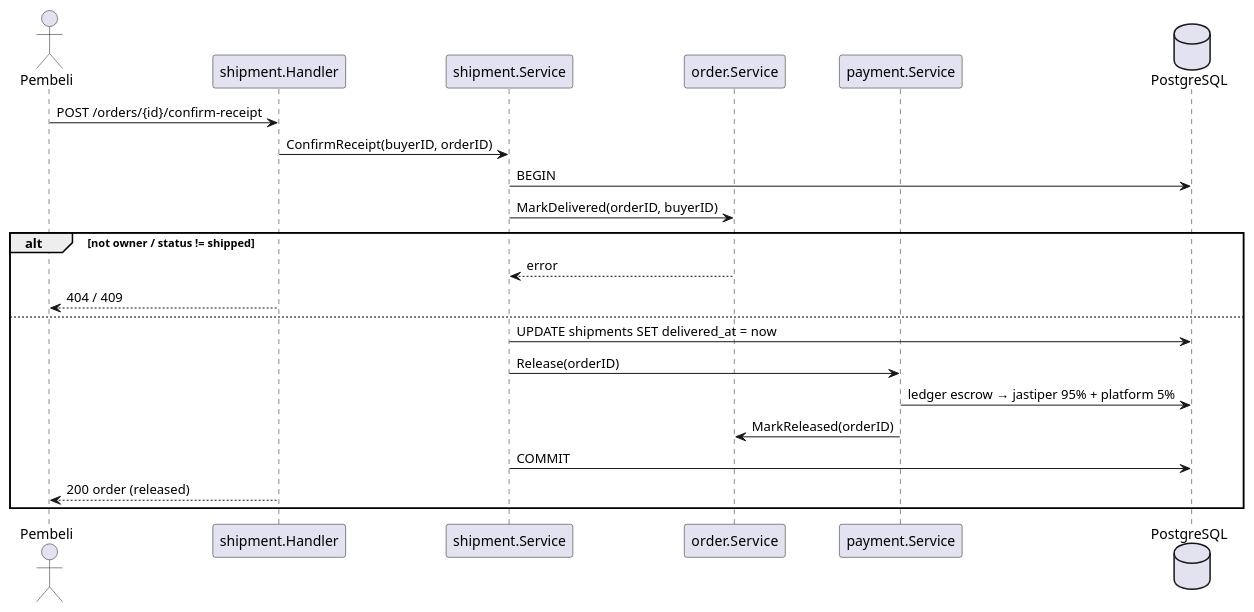
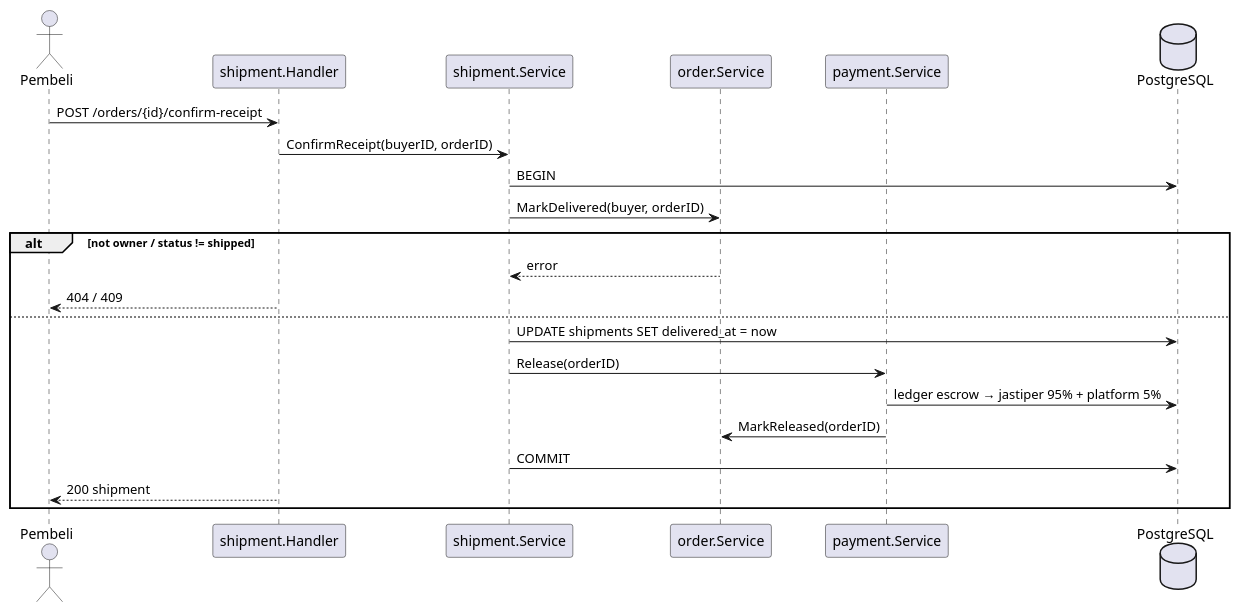
One commit to Titip-Dong/titipdong-be changed the third of 3 diagrams in docs/features/shipment.md. Above: the diagram before and after it, drawn with PlantUML. The commit also changed other lines of this file and 11 other files, not shown here.

````diff
--- a/docs/features/shipment.md
+++ b/docs/features/shipment.md
@@ -144,26 +143,26 @@
 ```plantuml
 @startuml
 actor Pembeli
 participant "shipment.Handler" as H
 participant "shipment.Service" as S
 participant "order.Service" as O
 participant "payment.Service" as P
 database PostgreSQL as DB
 
 Pembeli -> H : POST /orders/{id}/confirm-receipt
 H -> S : ConfirmReceipt(buyerID, orderID)
 S -> DB : BEGIN
-S -> O : MarkDelivered(orderID, buyerID)
+S -> O : MarkDelivered(buyer, orderID)
 alt not owner / status != shipped
   O --> S : error
   H --> Pembeli : 404 / 409
 else
   S -> DB : UPDATE shipments SET delivered_at = now
   S -> P : Release(orderID)
   P -> DB : ledger escrow → jastiper 95% + platform 5%
   P -> O : MarkReleased(orderID)
   S -> DB : COMMIT
-  H --> Pembeli : 200 order (released)
+  H --> Pembeli : 200 shipment
 end
 @enduml
 ```
````
